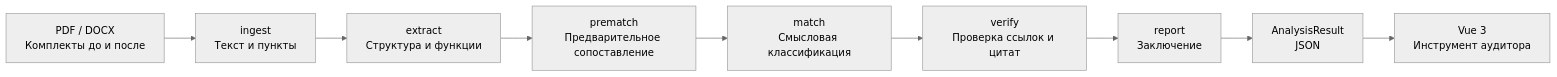
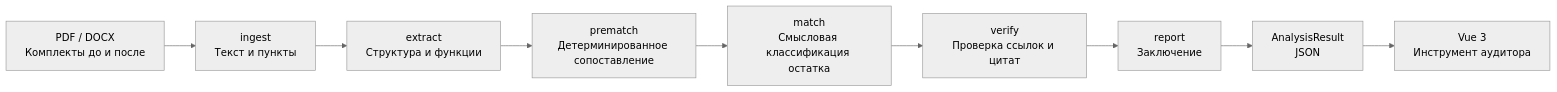
Before and after one commit to BAITC-Hacks/hack-a1c36e68-token-burner: the diagram in README.md, drawn with Mermaid (neutral theme). The commit also changed other lines of this file, not shown here.

````diff
--- a/README.md
+++ b/README.md
@@ -42,11 +134,11 @@
 ```mermaid
 flowchart LR
     files["PDF / DOCX<br/>Комплекты до и после"] --> ingest["ingest<br/>Текст и пункты"]
     ingest --> extract["extract<br/>Структура и функции"]
-    extract --> prematch["prematch<br/>Предварительное сопоставление"]
-    prematch --> match["match<br/>Смысловая классификация"]
+    extract --> prematch["prematch<br/>Детерминированное сопоставление"]
+    prematch --> match["match<br/>Смысловая классификация остатка"]
     match --> verify["verify<br/>Проверка ссылок и цитат"]
     verify --> report["report<br/>Заключение"]
     report --> result["AnalysisResult<br/>JSON"]
     result --> ui["Vue 3<br/>Инструмент аудитора"]
 ```
````
